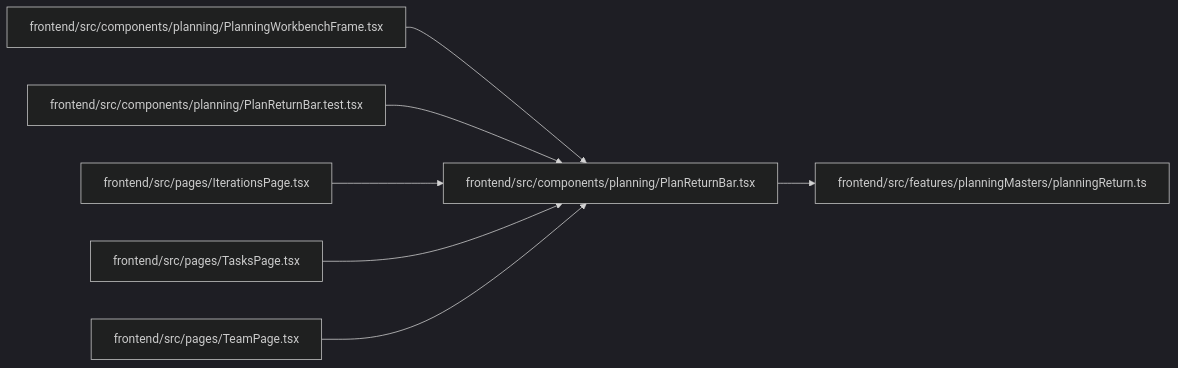
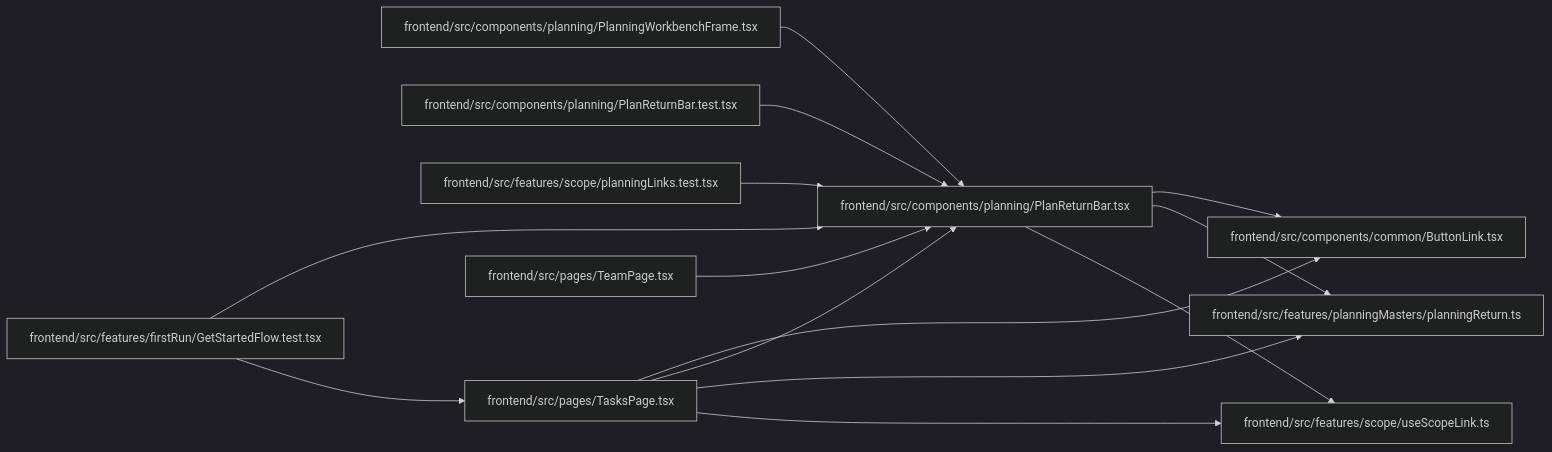
One commit to Denissvgn/WorkChord changed the diagram in docs/llm_wiki/modules/PlanReturnBar.md. Above: the diagram before and after it, drawn with Mermaid (dark theme). The commit also changed other lines of this file and 2373 other files, not shown here.

````diff
--- a/docs/llm_wiki/modules/PlanReturnBar.md
+++ b/docs/llm_wiki/modules/PlanReturnBar.md
@@ -27,23 +29,36 @@
 ```mermaid
 flowchart LR
-    n0["frontend/src/components/planning/PlanningWorkbenchFrame.tsx"]
-    n1["frontend/src/components/planning/PlanReturnBar.test.tsx"]
-    n2["frontend/src/components/planning/PlanReturnBar.tsx"]
-    n3["frontend/src/features/planningMasters/planningReturn.ts"]
-    n4["frontend/src/pages/IterationsPage.tsx"]
-    n5["frontend/src/pages/TasksPage.tsx"]
-    n6["frontend/src/pages/TeamPage.tsx"]
-    n0 --> n2
-    n1 --> n2
+    n0["frontend/src/components/common/ButtonLink.tsx"]
+    n1["frontend/src/components/planning/PlanningWorkbenchFrame.tsx"]
+    n2["frontend/src/components/planning/PlanReturnBar.test.tsx"]
+    n3["frontend/src/components/planning/PlanReturnBar.tsx"]
+    n4["frontend/src/features/firstRun/GetStartedFlow.test.tsx"]
+    n5["frontend/src/features/planningMasters/planningReturn.ts"]
+    n6["frontend/src/features/scope/planningLinks.test.tsx"]
+    n7["frontend/src/features/scope/useScopeLink.ts"]
+    n8["frontend/src/pages/TasksPage.tsx"]
+    n9["frontend/src/pages/TeamPage.tsx"]
+    n1 --> n3
     n2 --> n3
-    n4 --> n2
-    n5 --> n2
-    n6 --> n2
-    click n0 "../modules/PlanningWorkbenchFrame.md"
-    click n1 "../modules/PlanReturnBar.test.md"
-    click n2 "../modules/PlanReturnBar.md"
-    click n3 "../modules/planningReturn.md"
-    click n4 "../modules/IterationsPage.md"
-    click n5 "../modules/TasksPage.md"
-    click n6 "../modules/TeamPage.md"
+    n3 --> n0
+    n3 --> n5
+    n3 --> n7
+    n4 --> n3
+    n4 --> n8
+    n6 --> n3
+    n8 --> n0
+    n8 --> n3
+    n8 --> n5
+    n8 --> n7
+    n9 --> n3
+    click n0 "../modules/ButtonLink.md"
+    click n1 "../modules/PlanningWorkbenchFrame.md"
+    click n2 "../modules/PlanReturnBar.test.md"
+    click n3 "../modules/PlanReturnBar.md"
+    click n4 "../modules/GetStartedFlow.test.md"
+    click n5 "../modules/planningReturn.md"
+    click n6 "../modules/planningLinks.test.md"
+    click n7 "../modules/useScopeLink.md"
+    click n8 "../modules/TasksPage.md"
+    click n9 "../modules/TeamPage.md"
 ```
````
